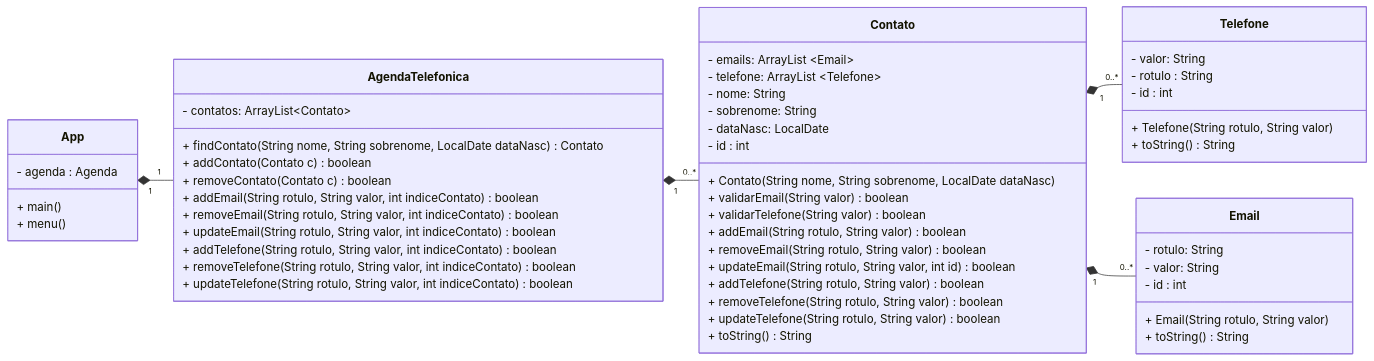
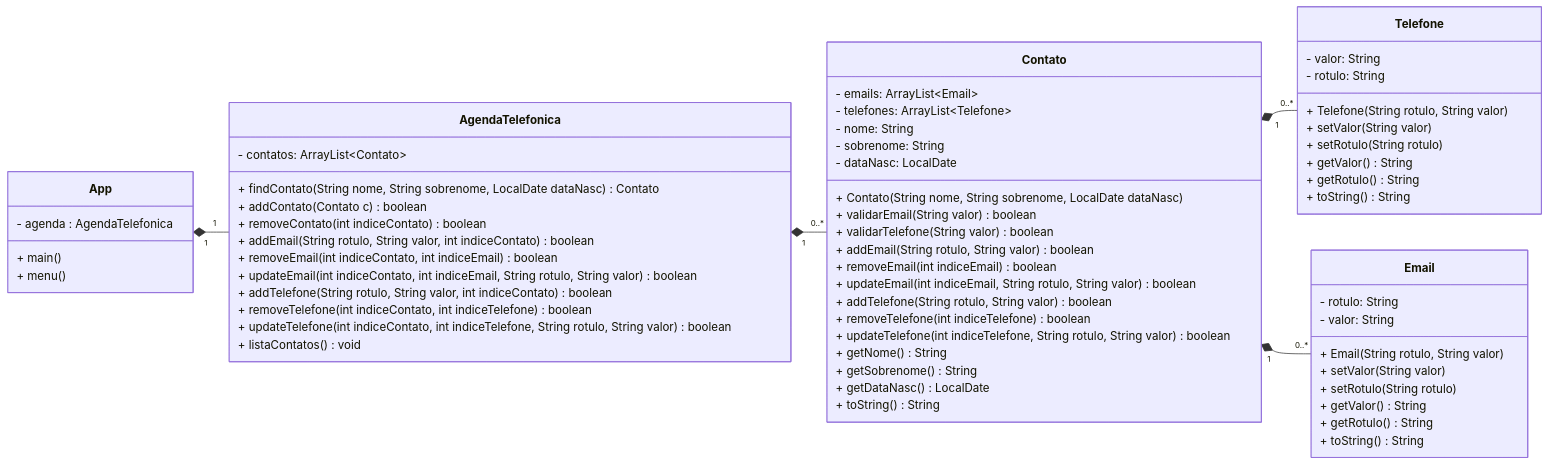
Before and after one commit to hiagosantos60/POO: the diagram in aula17/Readme.md, drawn with Mermaid. The commit also changed 4 other files, not shown here.

Commit message:
Ajustes toString e UML

````diff
--- a/aula17/Readme.md
+++ b/aula17/Readme.md
@@ -5,70 +5,82 @@
     direction LR
 
     class App {
-        - agenda : Agenda
+        - agenda : AgendaTelefonica
         + main()
         + menu()
     }
 
-    class AgendaTelefonica{
+    class AgendaTelefonica {
         - contatos: ArrayList~Contato~
-        
+
         + findContato(String nome, String sobrenome, LocalDate dataNasc) Contato
         + addContato(Contato c) boolean
-        + removeContato(Contato c) boolean
+        + removeContato(int indiceContato) boolean
 
         + addEmail(String rotulo, String valor, int indiceContato) boolean
-        + removeEmail(String rotulo, String valor, int indiceContato) boolean
-        + updateEmail(String rotulo, String valor, int indiceContato) boolean
-        
+        + removeEmail(int indiceContato, int indiceEmail) boolean
+        + updateEmail(int indiceContato, int indiceEmail, String rotulo, String valor) boolean
+
         + addTelefone(String rotulo, String valor, int indiceContato) boolean
-        + removeTelefone(String rotulo, String valor, int indiceContato) boolean
-        + updateTelefone(String rotulo, String valor, int indiceContato) boolean
+        + removeTelefone(int indiceContato, int indiceTelefone) boolean
+        + updateTelefone(int indiceContato, int indiceTelefone, String rotulo, String valor) boolean
+
+        + listaContatos() void
     }
-    
+
     class Contato {
-        - emails: ArrayList ~Email~
-        - telefone: ArrayList ~Telefone~
+        - emails: ArrayList~Email~
+        - telefones: ArrayList~Telefone~
         - nome: String
         - sobrenome: String
         - dataNasc: LocalDate
-        - id : int
 
         + Contato(String nome, String sobrenome, LocalDate dataNasc)
 
         + validarEmail(String valor) boolean
         + validarTelefone(String valor) boolean
-        
+
         + addEmail(String rotulo, String valor) boolean
-        + removeEmail(String rotulo, String valor) boolean
-        + updateEmail(String rotulo, String valor, int id) boolean
-        
+        + removeEmail(int indiceEmail) boolean
+        + updateEmail(int indiceEmail, String rotulo, String valor) boolean
+
         + addTelefone(String rotulo, String valor) boolean
-        + removeTelefone(String rotulo, String valor) boolean
-        + updateTelefone(String rotulo, String valor) boolean        
+        + removeTelefone(int indiceTelefone) boolean
+        + updateTelefone(int indiceTelefone, String rotulo, String valor) boolean
+
+        + getNome() String
+        + getSobrenome() String
+        + getDataNasc() LocalDate
 
         + toString() String
     }
 
     class Telefone {
         - valor: String
-        - rotulo : String
-        - id : int
-        + Telefone (String rotulo, String valor)
+        - rotulo: String
+
+        + Telefone(String rotulo, String valor)
+        + setValor(String valor)
+        + setRotulo(String rotulo)
+        + getValor() String
+        + getRotulo() String
         + toString() String
     }
 
-    class Email{
+    class Email {
         - rotulo: String
         - valor: String
-        - id : int
+
         + Email(String rotulo, String valor)
-        + toString() String 
-    } 
+        + setValor(String valor)
+        + setRotulo(String rotulo)
+        + getValor() String
+        + getRotulo() String
+        + toString() String
+    }
 
-    App "1"*--"1" AgendaTelefonica
-    AgendaTelefonica "1"*--"0..*" Contato
-    Contato "1"*--"0..*" Telefone
-    Contato "1"*-- "0..*"Email
-
+    App "1" *-- "1" AgendaTelefonica
+    AgendaTelefonica "1" *-- "0..*" Contato
+    Contato "1" *-- "0..*" Telefone
+    Contato "1" *-- "0..*" Email
 ```
````
